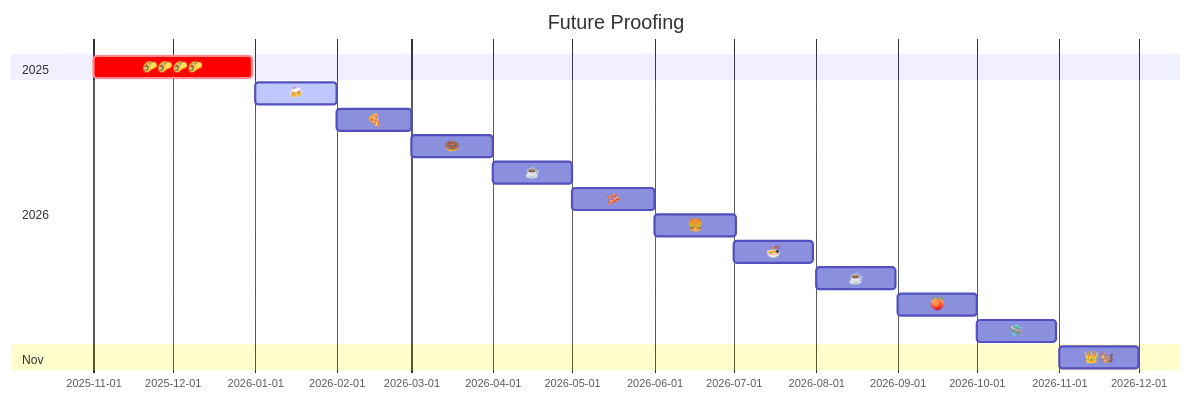
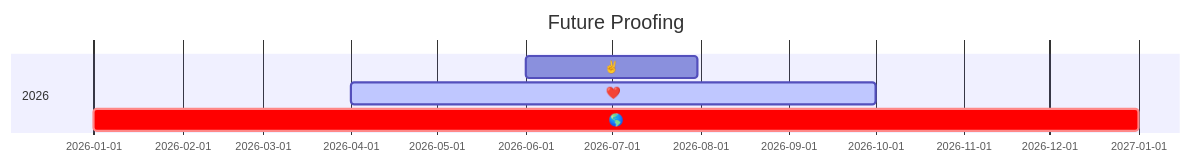
The diagram in profile/README.md (random-knights/.github), drawn with Mermaid before and after one commit. The commit also changed other lines of this file, not shown here.

````diff
--- a/profile/README.md
+++ b/profile/README.md
@@ -192,32 +95,9 @@
 ```mermaid
 gantt
 title Future Proofing
 dateFormat YYYY-MM
-
-section 2025
-🌮🌮🌮🌮 :crit, a1, 2025-11, 60d
-
 section 2026
-🍻 :active, a1, 2026-01, 31d
-
-🍕 :a1, 2026-02, 28d
-
-🍩 :a1, 2026-03, 31d
-
-☕ :a1, 2026-04, 30d
-
-🥓 :a1, 2026-05, 31d
-
-🍔 :a1, 2026-06, 31d
-
-🍜 :a1, 2026-07, 30d
-
-☕ :a1, 2026-08, 30d
-
-🍑 :a1, 2026-09, 30d
-
-🛸 :a1, 2026-10, 30d
-
-section Nov
-👑🐿️ :a1, 2026-11, 30d
+✌️ :a1, 2026-06, 60d
+❤️ :active, a1, 2026-04, 183d
+🌎 :crit, a1, 2026-01, 365d
 ```
````
